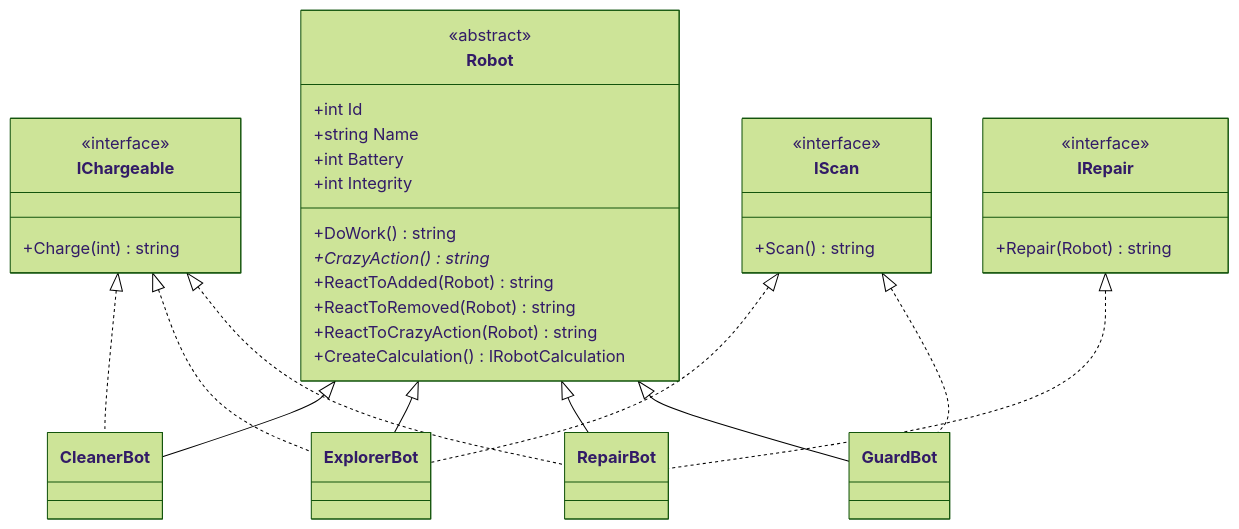
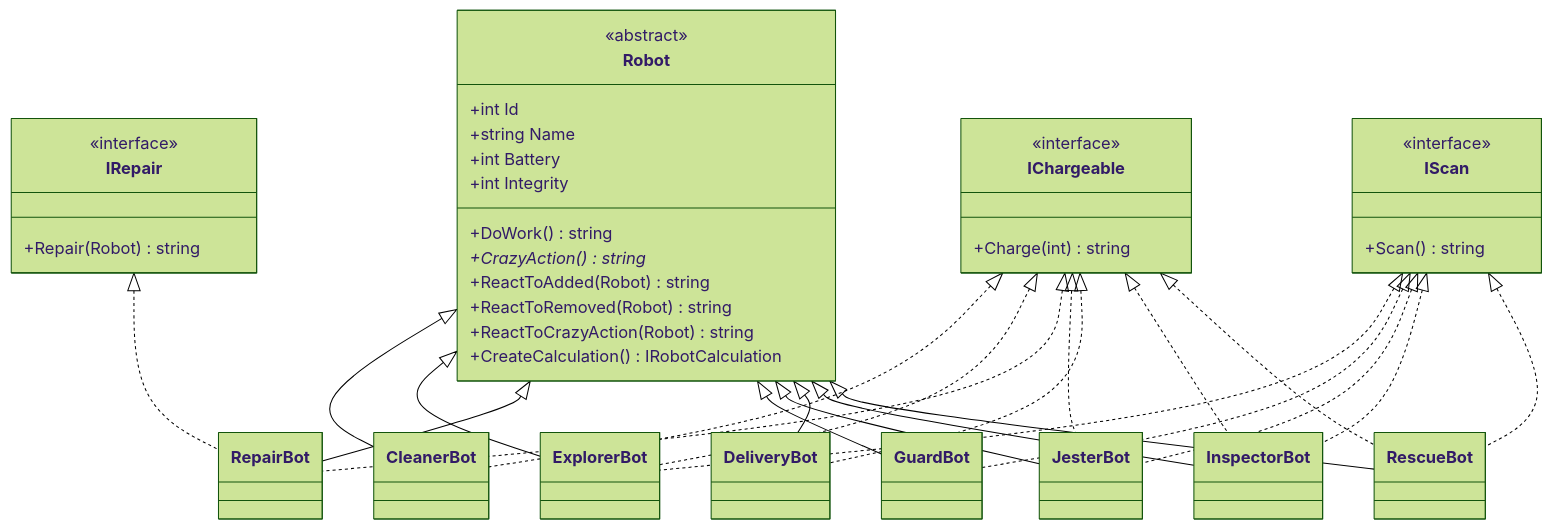
The first of 4 diagrams in README.md (mkotkov/RobotPlanet), drawn with Mermaid (forest theme) before and after one commit. The commit also changed other lines of this file and 3 other files, not shown here.

````diff
--- a/README.md
+++ b/README.md
@@ -94,40 +95,51 @@
 ```mermaid
 classDiagram
     class Robot {
         <<abstract>>
         +int Id
         +string Name
         +int Battery
         +int Integrity
         +DoWork() string
         +CrazyAction() string*
         +ReactToAdded(Robot) string
         +ReactToRemoved(Robot) string
         +ReactToCrazyAction(Robot) string
         +CreateCalculation() IRobotCalculation
     }
     class IChargeable {
         <<interface>>
         +Charge(int) string
     }
     class IScan {
         <<interface>>
         +Scan() string
     }
     class IRepair {
         <<interface>>
         +Repair(Robot) string
     }
 
     Robot <|-- CleanerBot
     Robot <|-- ExplorerBot
     Robot <|-- RepairBot
     Robot <|-- GuardBot
+    Robot <|-- JesterBot
+    Robot <|-- DeliveryBot
+    Robot <|-- InspectorBot
+    Robot <|-- RescueBot
 
     IChargeable <|.. CleanerBot
     IChargeable <|.. ExplorerBot
     IScan <|.. ExplorerBot
     IChargeable <|.. RepairBot
     IRepair <|.. RepairBot
     IScan <|.. GuardBot
+    IScan <|.. JesterBot
+    IChargeable <|.. JesterBot
+    IChargeable <|.. DeliveryBot
+    IChargeable <|.. InspectorBot
+    IScan <|.. InspectorBot
+    IChargeable <|.. RescueBot
+    IScan <|.. RescueBot
 ```
````
